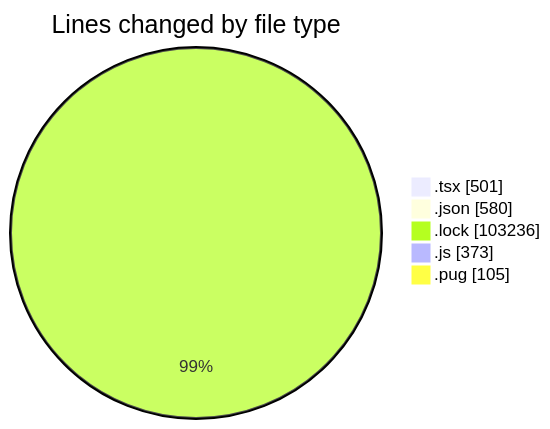
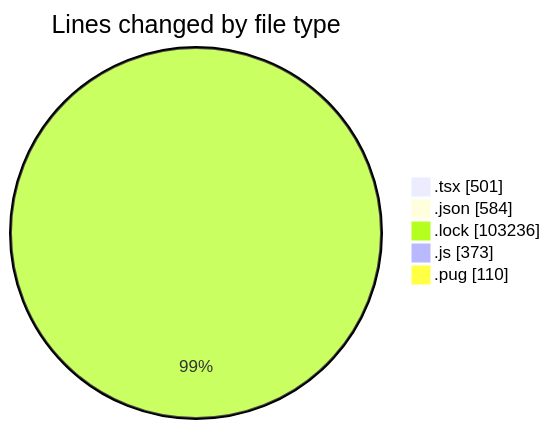
Before and after one commit to momahboobian/code-tracking: the first of 2 diagrams in 2025-03-10/cda/README.md, drawn with Mermaid. The commit also changed other lines of this file and 1 other file, not shown here.

````diff
--- a/2025-03-10/cda/README.md
+++ b/2025-03-10/cda/README.md
@@ -45,9 +45,9 @@
 ```mermaid
 pie showData
 title Lines changed by file type
 ".tsx" : 501
-".json" : 580
+".json" : 584
 ".lock" : 103236
 ".js" : 373
-".pug" : 105
+".pug" : 110
 ```
````
